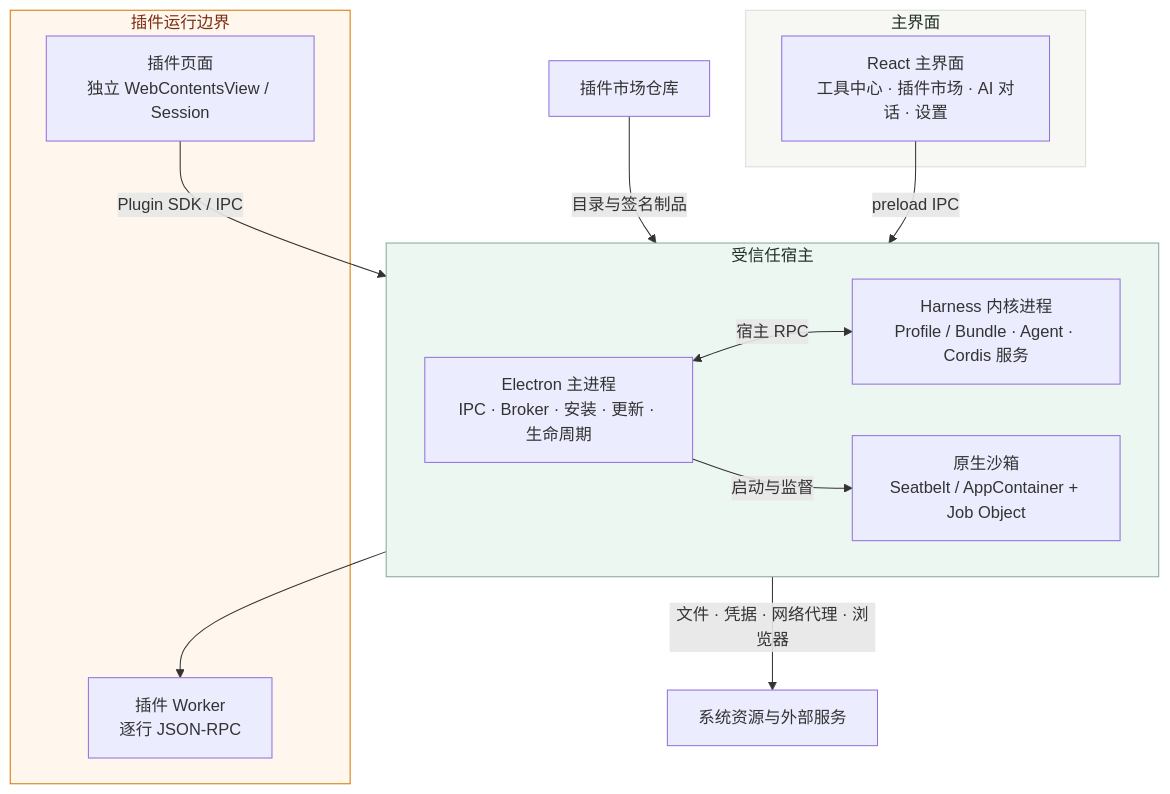
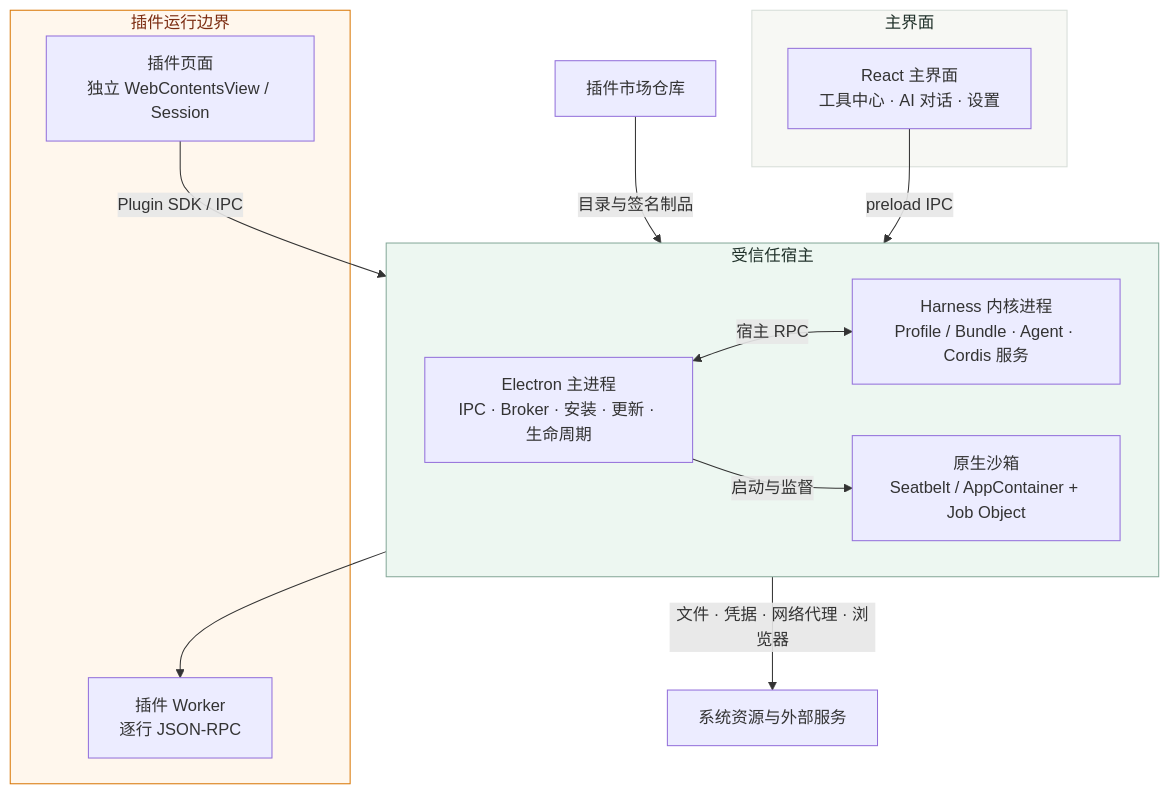
One commit to ZhiPenTu/qingzuo-desktop changed the diagram in README.md. Above: the diagram before and after it, drawn with Mermaid. The commit also changed other lines of this file and 6 other files, not shown here.

````diff
--- a/README.md
+++ b/README.md
@@ -26,30 +26,30 @@
 ```mermaid
 flowchart TB
   subgraph surfaces["主界面"]
-    Shell["React 主界面<br/>工具中心 · 插件市场 · AI 对话 · 设置"]
+    Shell["React 主界面<br/>工具中心 · AI 对话 · 设置"]
   end
 
   subgraph trusted["受信任宿主"]
     direction LR
     Main["Electron 主进程<br/>IPC · Broker · 安装 · 更新 · 生命周期"]
     Kernel["Harness 内核进程<br/>Profile / Bundle · Agent · Cordis 服务"]
     Sandbox["原生沙箱<br/>Seatbelt / AppContainer + Job Object"]
   end
 
   subgraph thirdparty["插件运行边界"]
     PluginUI["插件页面<br/>独立 WebContentsView / Session"]
     Worker["插件 Worker<br/>逐行 JSON-RPC"]
   end
 
   Market["插件市场仓库"] -->|"目录与签名制品"| Main
   Shell -->|"preload IPC"| Main
   PluginUI -->|"Plugin SDK / IPC"| Main
   Main <-->|"宿主 RPC"| Kernel
   Main -->|"启动与监督"| Sandbox
   Sandbox --> Worker
   Main -->|"文件 · 凭据 · 网络代理 · 浏览器"| External["系统资源与外部服务"]
 
   style surfaces fill:#f7f8f4,stroke:#d7ded8,color:#20312a
   style trusted fill:#edf7f1,stroke:#86a99a,color:#20312a
   style thirdparty fill:#fff7ed,stroke:#d97706,color:#7c2d12
 ```
````
